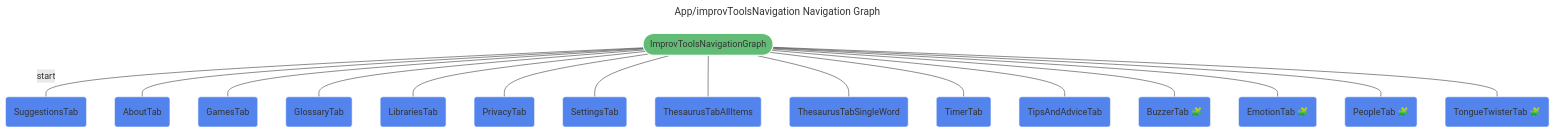
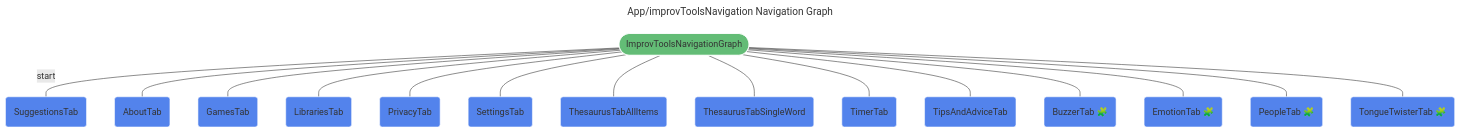
The diagram in docs/static/ImprovToolsNavigationNavGraph.mmd (brokenkernel/improvtools), drawn with Mermaid before and after one commit. The commit also changed 7 other files, not shown here.

Commit message:
[encyclopaedia] move GlossaryTab into encyclopaedia module

```diff
--- a/docs/static/ImprovToolsNavigationNavGraph.mmd
+++ b/docs/static/ImprovToolsNavigationNavGraph.mmd
@@ -1,26 +1,25 @@
 ---
 title: App/improvToolsNavigation Navigation Graph
 ---
 %%{init: {'theme':'base', 'themeVariables': { 'primaryTextColor': '#fff' }}%%
 graph TD
 app/improv_tools_navigation(["ImprovToolsNavigationGraph"]) -- "start" --- app/suggestions_tab("SuggestionsTab")
 app/improv_tools_navigation(["ImprovToolsNavigationGraph"]) --- app/about_tab("AboutTab")
 app/improv_tools_navigation(["ImprovToolsNavigationGraph"]) --- app/games_tab("GamesTab")
-app/improv_tools_navigation(["ImprovToolsNavigationGraph"]) --- app/glossary_tab("GlossaryTab")
 app/improv_tools_navigation(["ImprovToolsNavigationGraph"]) --- app/libraries_tab("LibrariesTab")
 app/improv_tools_navigation(["ImprovToolsNavigationGraph"]) --- app/privacy_tab("PrivacyTab")
 app/improv_tools_navigation(["ImprovToolsNavigationGraph"]) --- app/settings_tab("SettingsTab")
 app/improv_tools_navigation(["ImprovToolsNavigationGraph"]) --- app/thesaurus_tab_all_items("ThesaurusTabAllItems")
 app/improv_tools_navigation(["ImprovToolsNavigationGraph"]) --- app/thesaurus_tab_single_word("ThesaurusTabSingleWord")
 app/improv_tools_navigation(["ImprovToolsNavigationGraph"]) --- app/timer_tab("TimerTab")
 app/improv_tools_navigation(["ImprovToolsNavigationGraph"]) --- app/tips_and_advice_tab("TipsAndAdviceTab")
 app/improv_tools_navigation(["ImprovToolsNavigationGraph"]) --- buzzer_tab_destination("BuzzerTab 🧩")
 app/improv_tools_navigation(["ImprovToolsNavigationGraph"]) --- emotion_tab_destination("EmotionTab 🧩")
 app/improv_tools_navigation(["ImprovToolsNavigationGraph"]) --- people_tab_destination("PeopleTab 🧩")
 app/improv_tools_navigation(["ImprovToolsNavigationGraph"]) --- tongue_twister_tab_destination("TongueTwisterTab 🧩")
 
 
 classDef destination fill:#5383EC,stroke:#ffffff;
-class app/about_tab,app/games_tab,app/glossary_tab,app/libraries_tab,app/privacy_tab,app/settings_tab,app/suggestions_tab,app/thesaurus_tab_all_items,app/thesaurus_tab_single_word,app/timer_tab,app/tips_and_advice_tab,buzzer_tab_destination,emotion_tab_destination,people_tab_destination,tongue_twister_tab_destination destination;
+class app/about_tab,app/games_tab,app/libraries_tab,app/privacy_tab,app/settings_tab,app/suggestions_tab,app/thesaurus_tab_all_items,app/thesaurus_tab_single_word,app/timer_tab,app/tips_and_advice_tab,buzzer_tab_destination,emotion_tab_destination,people_tab_destination,tongue_twister_tab_destination destination;
 classDef navgraph fill:#63BC76,stroke:#ffffff;
 class app/improv_tools_navigation navgraph;
```
